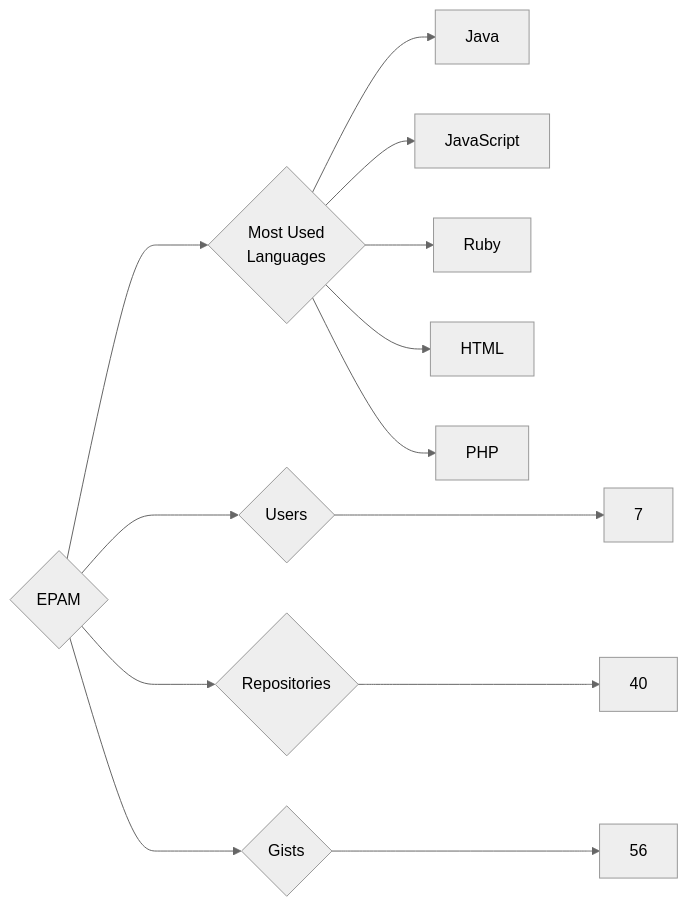
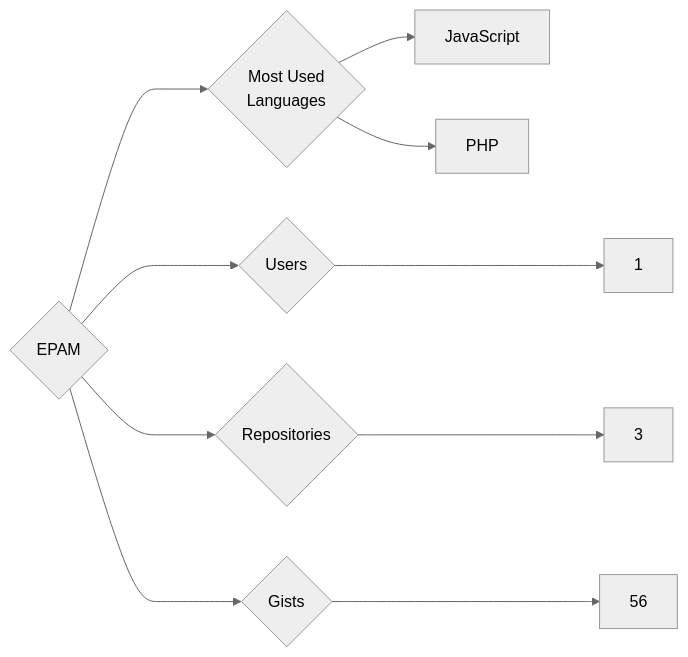
Before and after one commit to trickest/insiders: the diagram in targets/EPAM/README.md, drawn with Mermaid (neutral theme). The commit also changed 783 other files, not shown here.

````diff
--- a/targets/EPAM/README.md
+++ b/targets/EPAM/README.md
@@ -3,13 +3,10 @@
 ```mermaid
 graph LR
 COMPANY_NAME{EPAM}
-COMPANY_NAME ---> U{Users} ---> UN[7]
-COMPANY_NAME ---> R{Repositories} ---> RN[40]
+COMPANY_NAME ---> U{Users} ---> UN[1]
+COMPANY_NAME ---> R{Repositories} ---> RN[3]
 COMPANY_NAME ---> G{Gists} ---> GN[56]
 COMPANY_NAME ---> ML{Most Used<br>Languages}
-ML --> Java[Java]
 ML --> JavaScript[JavaScript]
-ML --> Ruby[Ruby]
-ML --> HTML[HTML]
 ML --> PHP[PHP]
 ```
````
